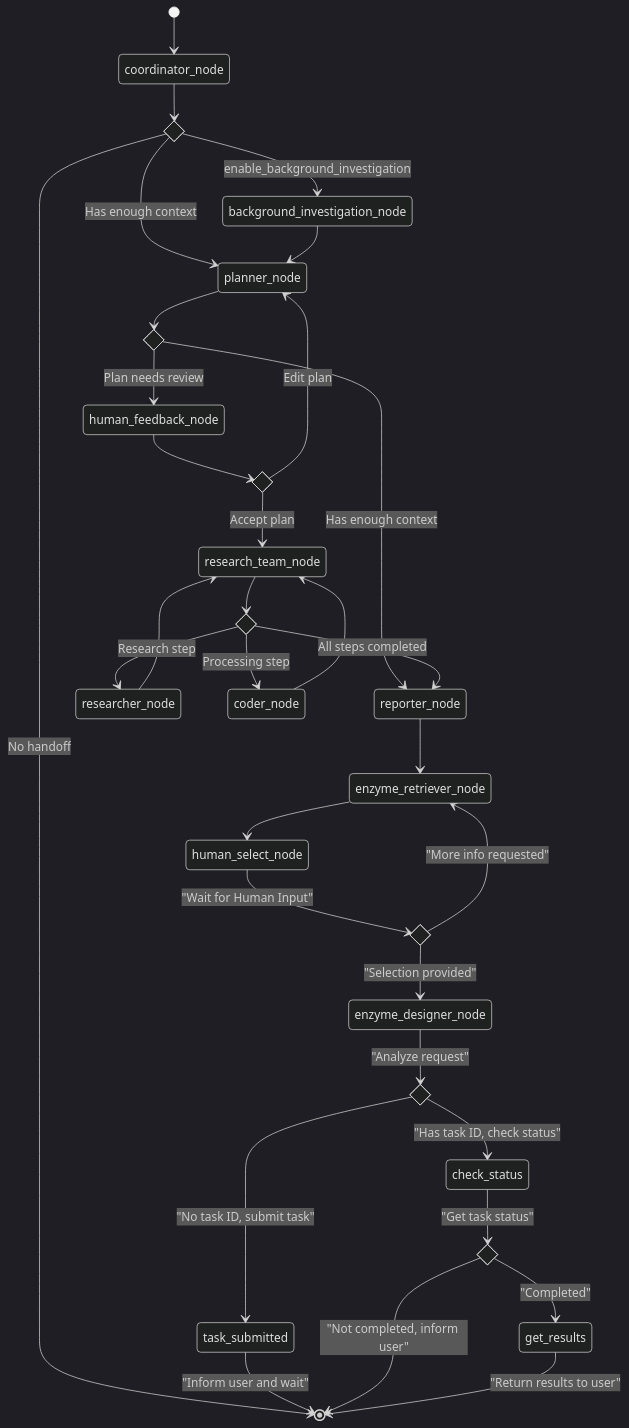
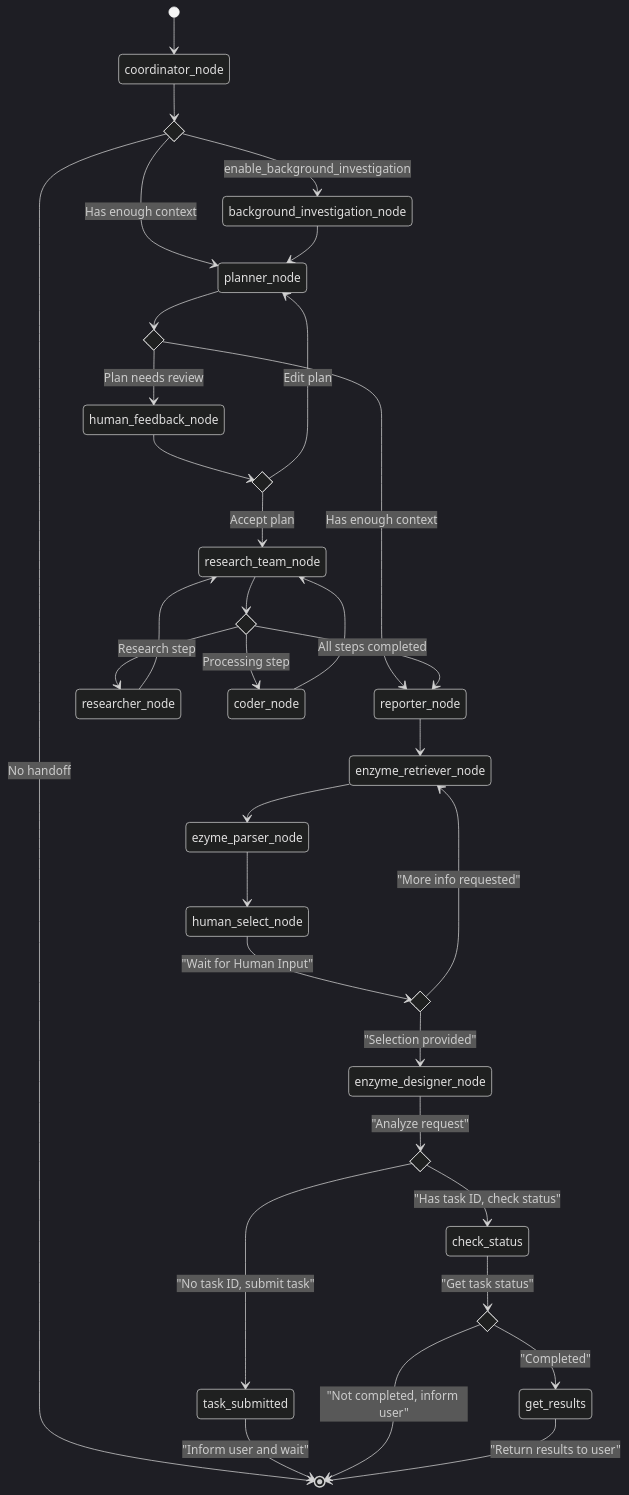
Before and after one commit to Sakura4036/deer-flow: the diagram in dataflow.md, drawn with Mermaid (dark theme). The commit also changed other lines of this file and 1 other file, not shown here.

Commit message:
update project architecture and dataflow

````diff
--- a/dataflow.md
+++ b/dataflow.md
@@ -5,53 +5,54 @@
 ```mermaid
 stateDiagram-v2
     [*] --> coordinator_node
     
     state if_coordinator <<choice>>
     coordinator_node --> if_coordinator
     if_coordinator --> background_investigation_node: enable_background_investigation
     if_coordinator --> planner_node: Has enough context
     if_coordinator --> [*]: No handoff
     
     background_investigation_node --> planner_node
     
     state if_planner <<choice>>
     planner_node --> if_planner
     if_planner --> human_feedback_node: Plan needs review
     if_planner --> reporter_node: Has enough context
     
     state if_feedback <<choice>>
     human_feedback_node --> if_feedback
     if_feedback --> planner_node: Edit plan
     if_feedback --> research_team_node: Accept plan
     
     state if_research <<choice>>
     research_team_node --> if_research
     if_research --> researcher_node: Research step
     if_research --> coder_node: Processing step
     if_research --> reporter_node: All steps completed
     
     researcher_node --> research_team_node
     coder_node --> research_team_node
     reporter_node --> enzyme_retriever_node
 
-    enzyme_retriever_node --> human_select_node
+    enzyme_retriever_node --> ezyme_parser_node
+    ezyme_parser_node --> human_select_node
 
     state if_selection <<choice>>
     human_select_node --> if_selection: "Wait for Human Input"
     if_selection --> enzyme_designer_node: "Selection provided"
     if_selection --> enzyme_retriever_node: "More info requested"
 
     state if_designer_action <<choice>>
     enzyme_designer_node --> if_designer_action: "Analyze request"
     if_designer_action --> task_submitted: "No task ID, submit task"
     if_designer_action --> check_status: "Has task ID, check status"
 
     task_submitted --> [*]: "Inform user and wait"
     
     state if_status <<choice>>
     check_status --> if_status: "Get task status"
     if_status --> get_results: "Completed"
     if_status --> [*]: "Not completed, inform user"
 
     get_results --> [*]: "Return results to user"
 ```
````
